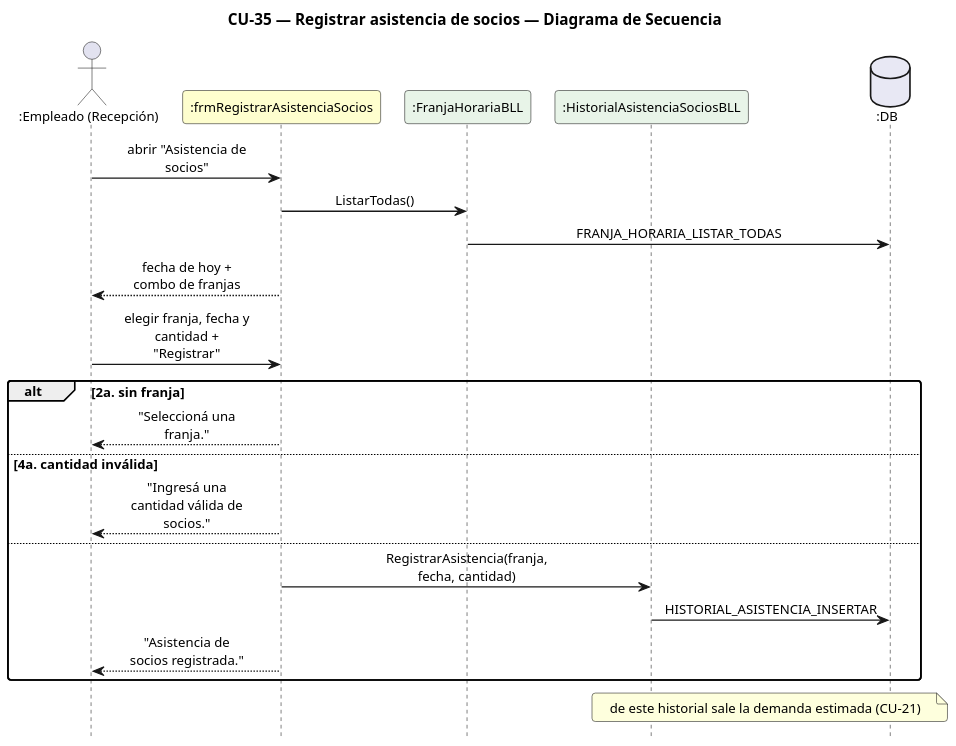
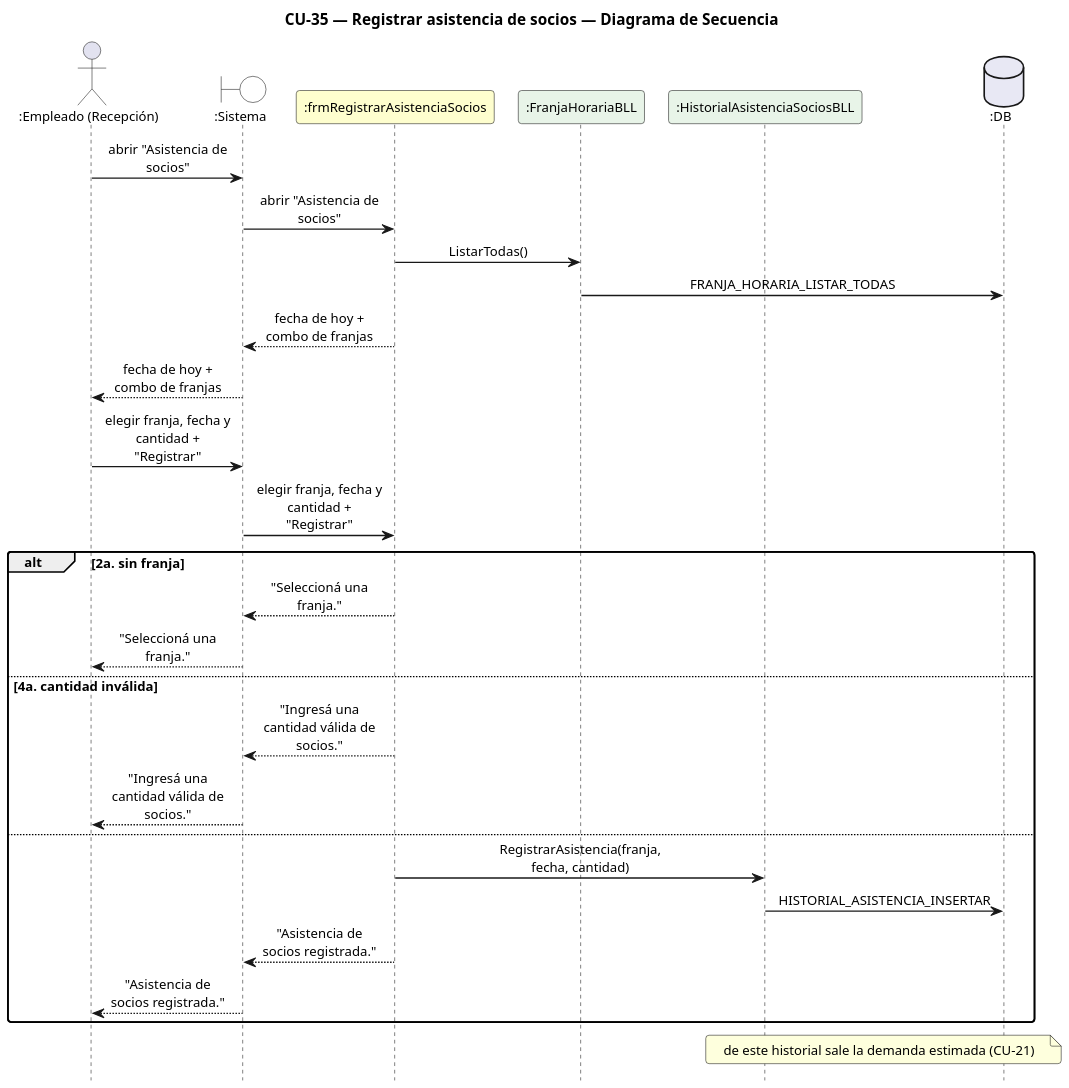
The diagram in DIAGRAMAS/DiagramaSecuencia_CU35_RegistrarAsistenciaSocios.puml (Urrels/ingenieria_software), drawn with PlantUML before and after one commit. The commit also changed 78 other files, not shown here.

First line of the commit message:
Diagramas de secuencia: carril :Sistema entre el actor y las clases

```diff
--- a/DIAGRAMAS/DiagramaSecuencia_CU35_RegistrarAsistenciaSocios.puml
+++ b/DIAGRAMAS/DiagramaSecuencia_CU35_RegistrarAsistenciaSocios.puml
@@ -1,38 +1,45 @@
 @startuml DiagramaSecuencia_CU35_RegistrarAsistenciaSocios
 
 title CU-35 — Registrar asistencia de socios — Diagrama de Secuencia
 
 skinparam shadowing false
 skinparam roundcorner 6
 skinparam sequenceArrowThickness 1.2
 skinparam ParticipantPadding 6
 skinparam BoxPadding 4
 skinparam maxMessageSize 115
 skinparam sequenceMessageAlign center
 skinparam defaultFontSize 12
 skinparam dpi 140
 hide footbox
 
 actor ":Empleado (Recepción)" as E
+boundary ":Sistema" as SYS #FFFFFF
 participant ":frmRegistrarAsistenciaSocios" as F #FEFECE
 participant ":FranjaHorariaBLL" as FB #E8F4E8
 participant ":HistorialAsistenciaSociosBLL" as HB #E8F4E8
 database ":DB" as DB #E8E8F4
 
-E -> F : abrir "Asistencia de socios"
+E -> SYS : abrir "Asistencia de socios"
+SYS -> F : abrir "Asistencia de socios"
 F -> FB : ListarTodas()
 FB -> DB : FRANJA_HORARIA_LISTAR_TODAS
-F --> E : fecha de hoy + combo de franjas
-E -> F : elegir franja, fecha y cantidad + "Registrar"
+F --> SYS : fecha de hoy + combo de franjas
+SYS --> E : fecha de hoy + combo de franjas
+E -> SYS : elegir franja, fecha y cantidad + "Registrar"
+SYS -> F : elegir franja, fecha y cantidad + "Registrar"
 alt 2a. sin franja
-  F --> E : "Seleccioná una franja."
+  F --> SYS : "Seleccioná una franja."
+  SYS --> E : "Seleccioná una franja."
 else 4a. cantidad inválida
-  F --> E : "Ingresá una cantidad válida de socios."
+  F --> SYS : "Ingresá una cantidad válida de socios."
+  SYS --> E : "Ingresá una cantidad válida de socios."
 else
   F -> HB : RegistrarAsistencia(franja, fecha, cantidad)
   HB -> DB : HISTORIAL_ASISTENCIA_INSERTAR
-  F --> E : "Asistencia de socios registrada."
+  F --> SYS : "Asistencia de socios registrada."
+  SYS --> E : "Asistencia de socios registrada."
 end
 note over HB, DB : de este historial sale la demanda estimada (CU-21)
 
 @enduml
```
